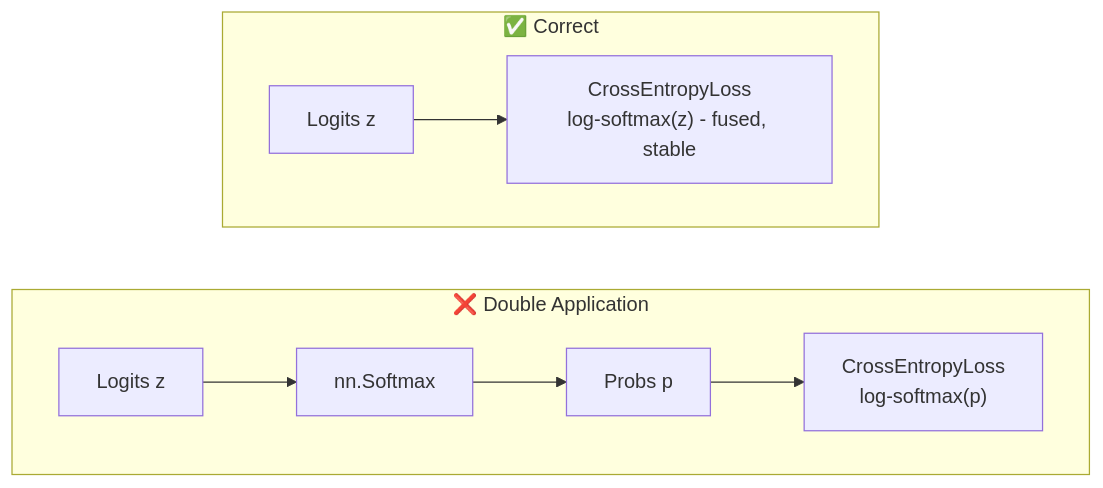
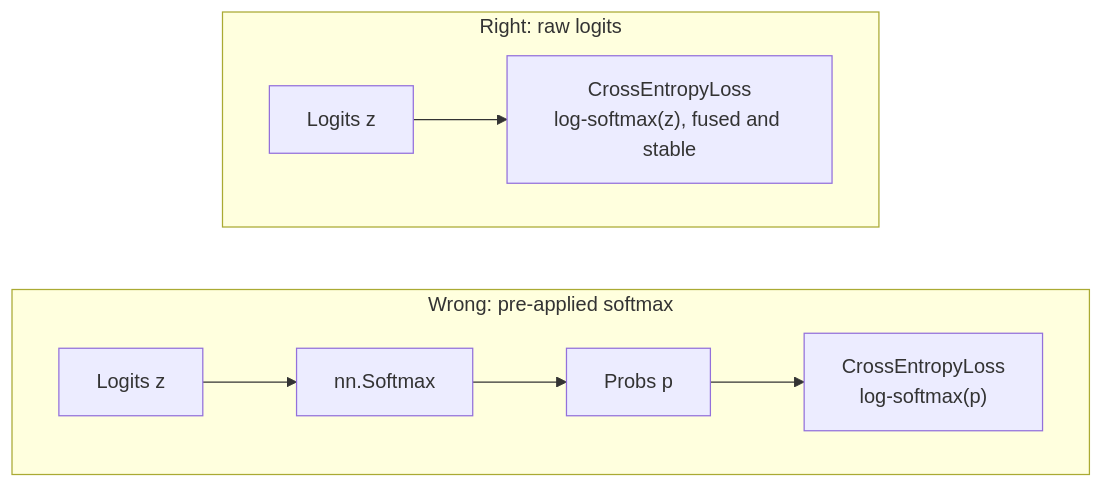
The diagram in posts/dl/why-not-softmax.qmd (ImadDabbura/imaddabbura.github.io), drawn with Mermaid before and after one commit. The commit also changed other lines of this file and 24 other files, not shown here.

Commit message:
chore: Improve few posts flow and structure

````diff
--- a/posts/dl/why-not-softmax.qmd
+++ b/posts/dl/why-not-softmax.qmd
@@ -54,12 +54,12 @@
 ```{mermaid}
 %%| fig-cap: "Left: pre-applying softmax breaks the fused computation, producing gradients of the wrong function. Right: raw logits let CrossEntropyLoss apply the log-sum-exp trick internally."
 flowchart LR
-    subgraph bad ["❌ Double Application"]
+    subgraph bad ["Wrong: pre-applied softmax"]
         direction LR
-        z1["Logits z"] --> s1["nn.Softmax"] --> p1["Probs p"] --> ce1["CrossEntropyLoss\nlog-softmax(p)"]
+        z1["Logits z"] --> s1["nn.Softmax"] --> p1["Probs p"] --> ce1["CrossEntropyLoss<br/>log-softmax(p)"]
     end
-    subgraph good ["✅ Correct"]
+    subgraph good ["Right: raw logits"]
         direction LR
-        z2["Logits z"] --> ce2["CrossEntropyLoss\nlog-softmax(z) - fused, stable"]
+        z2["Logits z"] --> ce2["CrossEntropyLoss<br/>log-softmax(z), fused and stable"]
     end
 ```
````
